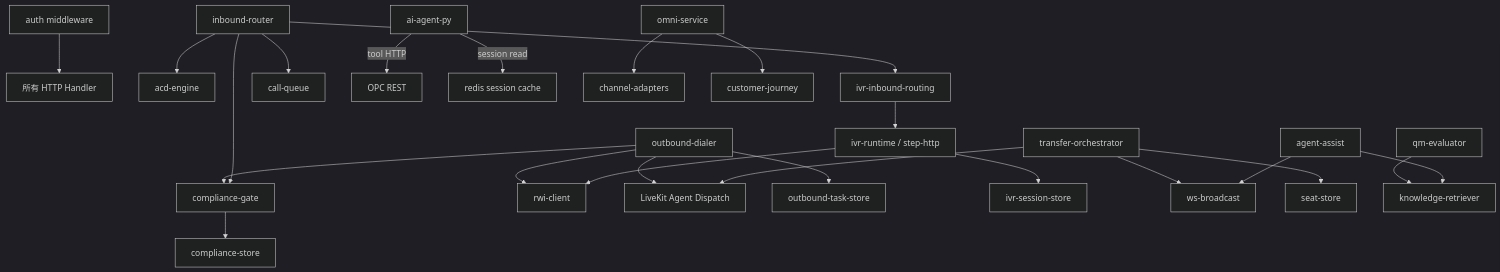
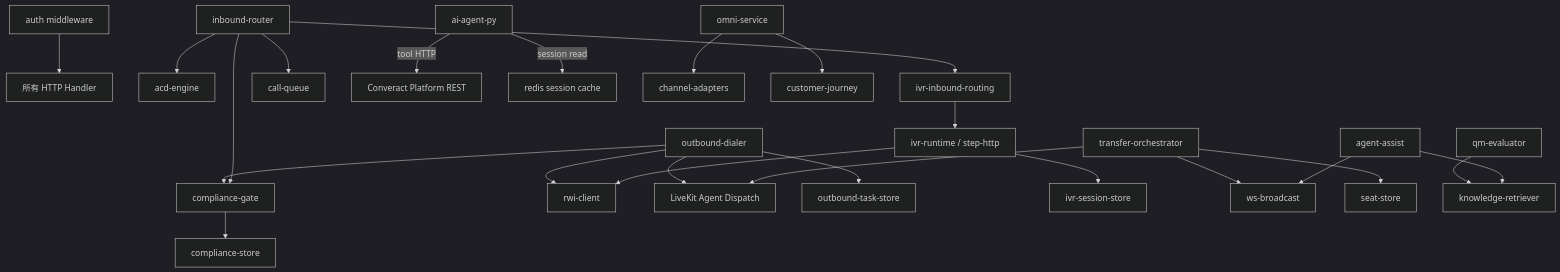
Before and after one commit to songgoldenwind-crypto/converact-platform: the fifth of 16 diagrams in docs/design/super-contact-center-platform-vision.md, drawn with Mermaid (dark theme). The commit also changed other lines of this file and 1807 other files, not shown here.

````diff
--- a/docs/design/super-contact-center-platform-vision.md
+++ b/docs/design/super-contact-center-platform-vision.md
@@ -783,34 +783,34 @@
 ```mermaid
 flowchart TD
   AUTH["auth middleware"] --> ALL["所有 HTTP Handler"]
 
   DIALER["outbound-dialer"] --> COMP_G["compliance-gate"]
   DIALER --> RWI_C["rwi-client"]
   DIALER --> LK_DISP["LiveKit Agent Dispatch"]
   DIALER --> TASK["outbound-task-store"]
 
   INBOUND["inbound-router"] --> ACD_E["acd-engine"]
   INBOUND --> IVR_RT["ivr-inbound-routing"]
   INBOUND --> QUEUE["call-queue"]
   INBOUND --> COMP_G
 
   IVR_RT --> IVR_RUN["ivr-runtime / step-http"]
   IVR_RUN --> IVR_SESS["ivr-session-store"]
   IVR_RUN --> RWI_C
 
   XFER["transfer-orchestrator"] --> WS_B["ws-broadcast"]
   XFER --> SEAT["seat-store"]
   XFER --> LK_DISP
 
-  AGENT_PY["ai-agent-py"] -->|tool HTTP| OPC_API["OPC REST"]
+  AGENT_PY["ai-agent-py"] -->|tool HTTP| CONVERACT_API["Converact Platform REST"]
   AGENT_PY -->|session read| REDIS["redis session cache"]
 
   QM_EV["qm-evaluator"] --> KB["knowledge-retriever"]
   ASSIST["agent-assist"] --> KB
   ASSIST --> WS_B
 
   OMNI_S["omni-service"] --> CH_ADP["channel-adapters"]
   OMNI_S --> JOURNEY["customer-journey"]
 
   COMP_G --> COMP_ST["compliance-store"]
 ```
````
